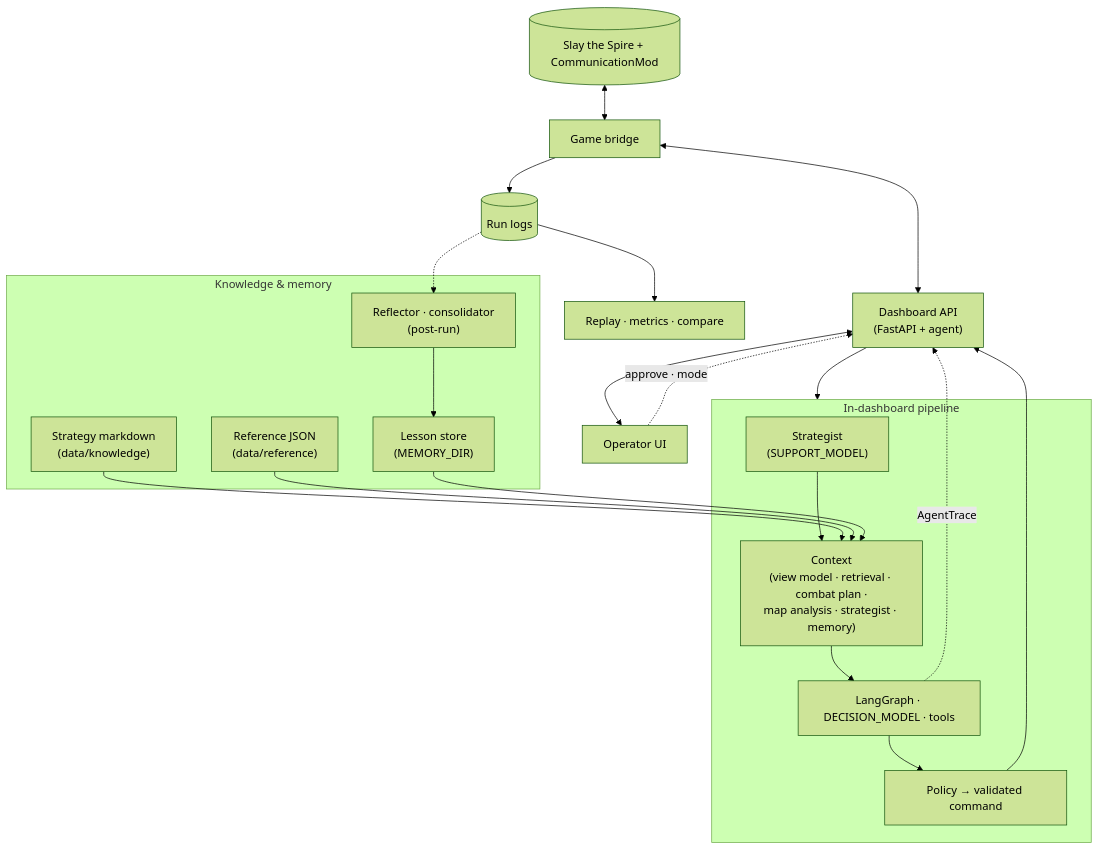
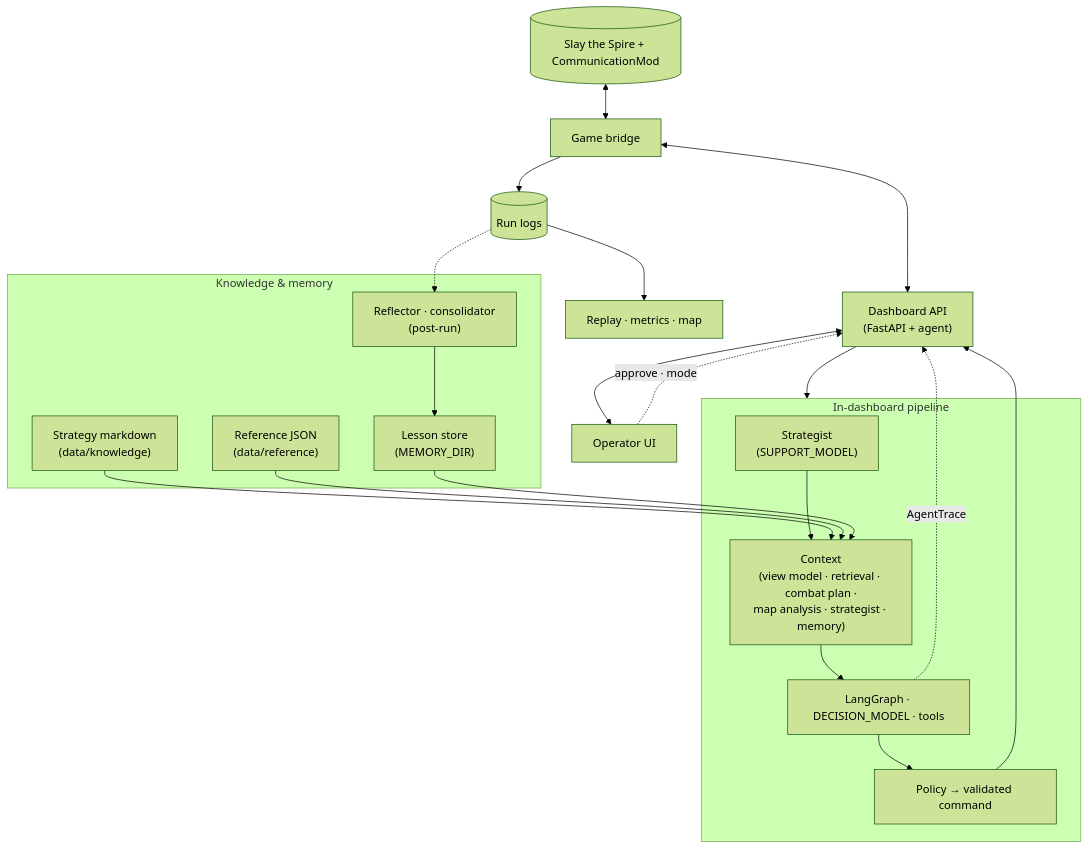
The diagram in README.md (Minhao-Zhang/slay_the_spire_agent), drawn with Mermaid (forest theme) before and after one commit. The commit also changed other lines of this file and 25 other files, not shown here.

First line of the commit message:
feat(web): dashboard UI refresh, map path polish, metrics refactor

````diff
--- a/README.md
+++ b/README.md
@@ -69,34 +69,34 @@
 ```mermaid
 flowchart TB
   Game[("Slay the Spire + CommunicationMod")] <--> Bridge["Game bridge"]
   Bridge <--> Dash["Dashboard API\n(FastAPI + agent)"]
   Dash <--> UI["Operator UI"]
 
   subgraph Know["Knowledge & memory"]
     KBM["Strategy markdown\n(data/knowledge)"]
     RefJ["Reference JSON\n(data/reference)"]
     Mem["Lesson store\n(MEMORY_DIR)"]
     Post["Reflector · consolidator\n(post-run)"]
   end
 
   subgraph Runtime["In-dashboard pipeline"]
     Strat["Strategist\n(SUPPORT_MODEL)"]
     Ctx["Context\n(view model · retrieval · combat plan ·\nmap analysis · strategist · memory)"]
     Loop["LangGraph · DECISION_MODEL · tools"]
     Pol["Policy → validated command"]
     Strat --> Ctx --> Loop --> Pol
   end
 
   KBM --> Ctx
   RefJ --> Ctx
   Mem --> Ctx
   Dash --> Runtime
   Pol --> Dash
   Loop -.->|AgentTrace| Dash
   UI -.->|approve · mode| Dash
 
   Bridge --> Logs[("Run logs")]
-  Logs --> Replay["Replay · metrics · compare"]
+  Logs --> Replay["Replay · metrics · map"]
   Logs -.-> Post
   Post --> Mem
 ```
````
